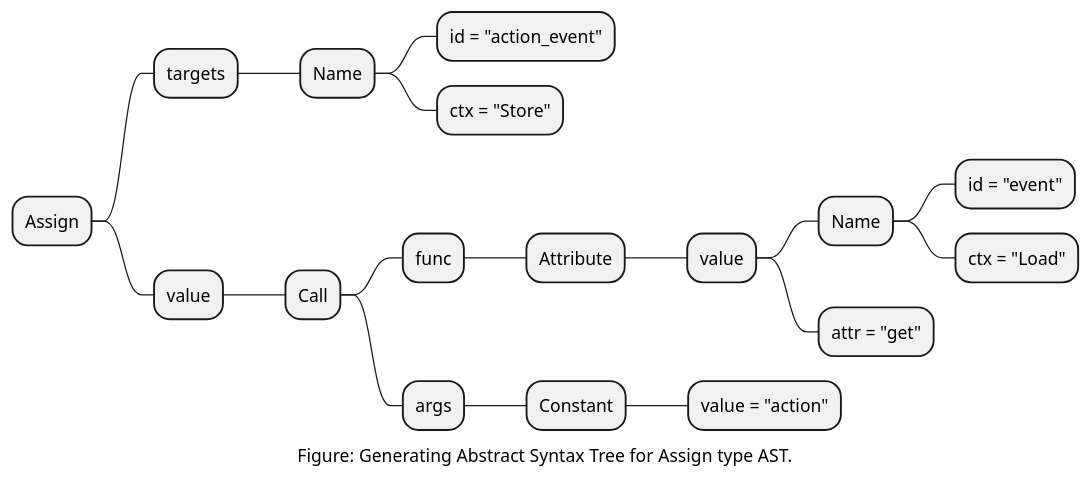
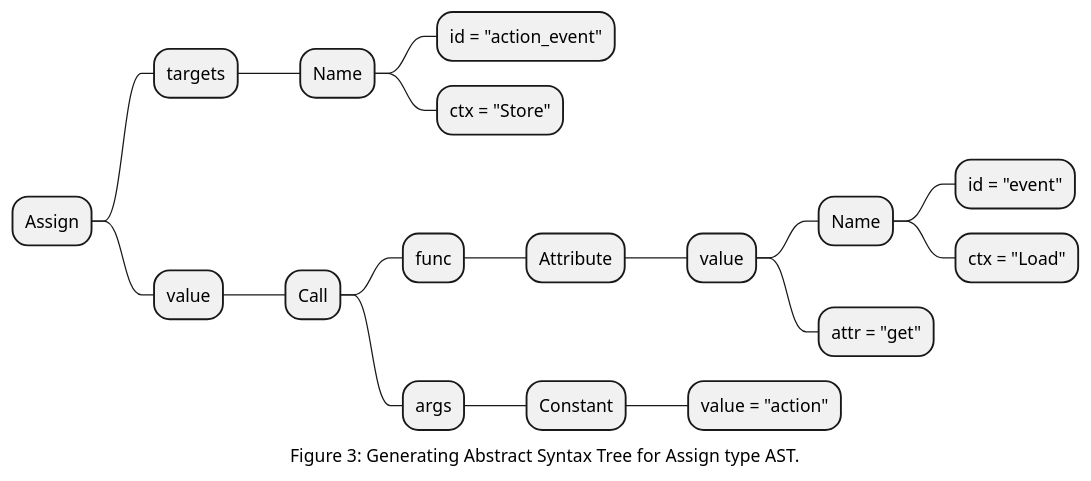
One commit to kushagrasoni/LogLess_Logging changed the diagram in umls/generate_ast_Assign_Call.puml. Above: the diagram before and after it, drawn with PlantUML.

Commit message:
Updated UML example for Assign

```diff
--- a/umls/generate_ast_Assign_Call.puml
+++ b/umls/generate_ast_Assign_Call.puml
@@ -1,25 +1,25 @@
 @startmindmap
 'Use of AST - Abstract Syntax Trees for categorizing the code
 
-caption Figure: Generating Abstract Syntax Tree for Assign type AST.
+caption Figure 3: Generating Abstract Syntax Tree for Assign type AST.
 'title AST Generated From Function
 
 * Assign
 ** targets
 *** Name
 **** id = "action_event"
 **** ctx = "Store"
 ** value
 *** Call
 **** func
 ***** Attribute
 ****** value
 ******* Name
 ******** id = "event"
 ******** ctx = "Load"
 ******* attr = "get"
 **** args
 ***** Constant
 ****** value = "action"
 
 @endmindmap
```
